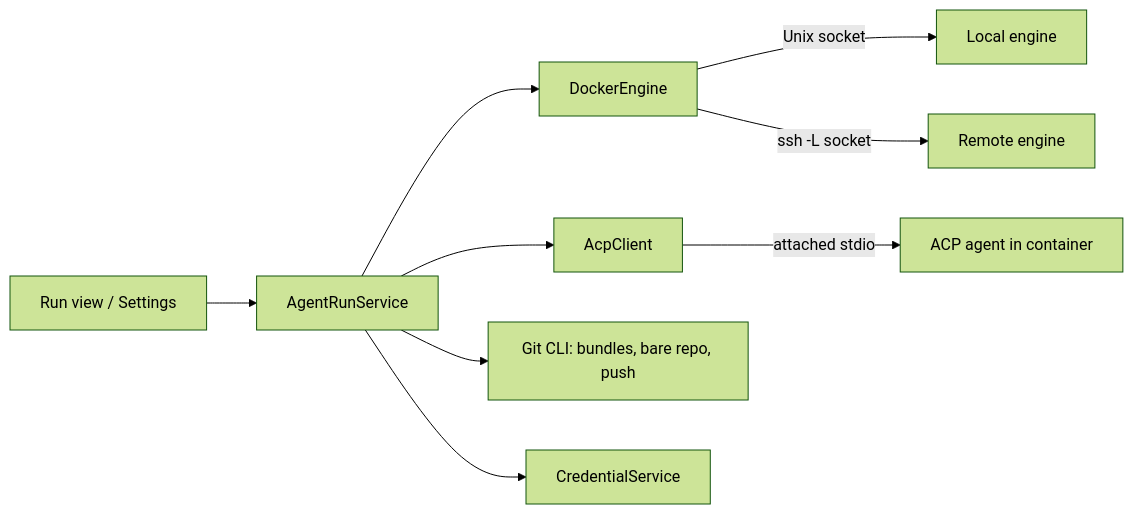
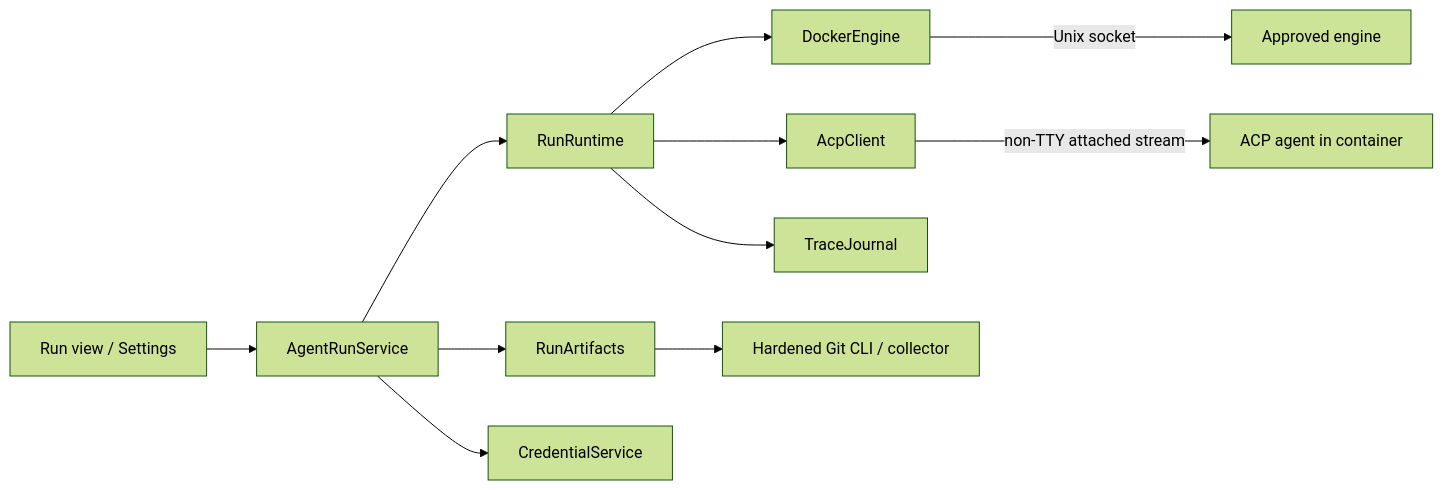
Before and after one commit to B87/brainiac: the diagram in docs/design/agent-runs.md, drawn with Mermaid (forest theme). The commit also changed other lines of this file, not shown here.

First line of the commit message:
Revise agent runs document

````diff
--- a/docs/design/agent-runs.md
+++ b/docs/design/agent-runs.md
@@ -83,11 +91,13 @@
 ```mermaid
 flowchart LR
   UI[Run view / Settings] --> Runs[AgentRunService]
-  Runs --> Engine[DockerEngine]
-  Runs --> Acp[AcpClient]
-  Runs --> Git[Git CLI: bundles, bare repo, push]
+  Runs --> Runtime[RunRuntime]
+  Runs --> Artifacts[RunArtifacts]
   Runs --> Creds[CredentialService]
-  Engine -- Unix socket --> Local[Local engine]
-  Engine -- ssh -L socket --> Remote[Remote engine]
-  Acp -- attached stdio --> Agent[ACP agent in container]
+  Runtime --> Engine[DockerEngine]
+  Runtime --> ACP[AcpClient]
+  Runtime --> Trace[TraceJournal]
+  Artifacts --> Git[Hardened Git CLI / collector]
+  Engine -- Unix socket --> Host[Approved engine]
+  ACP -- non-TTY attached stream --> Agent[ACP agent in container]
 ```
````
